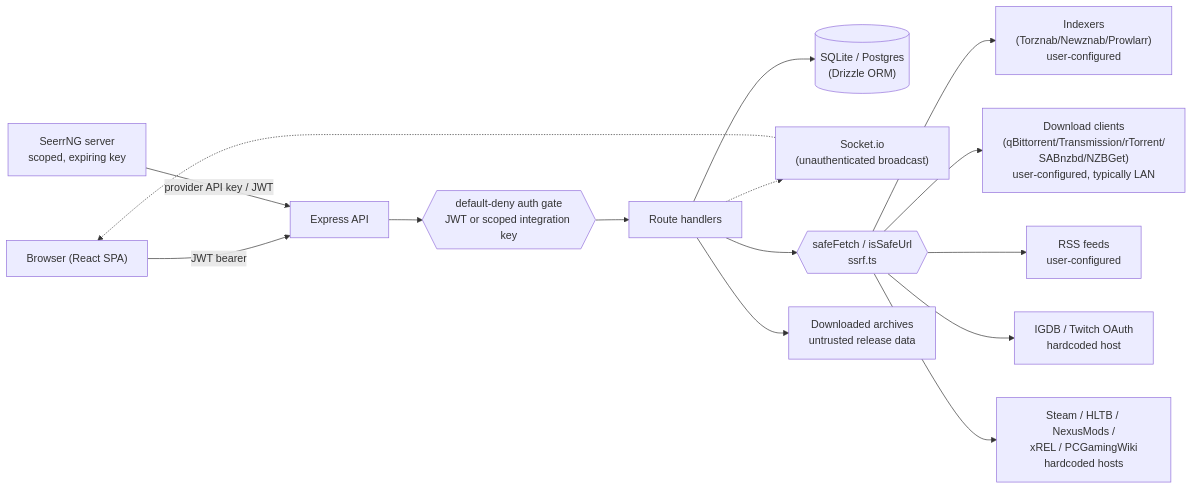
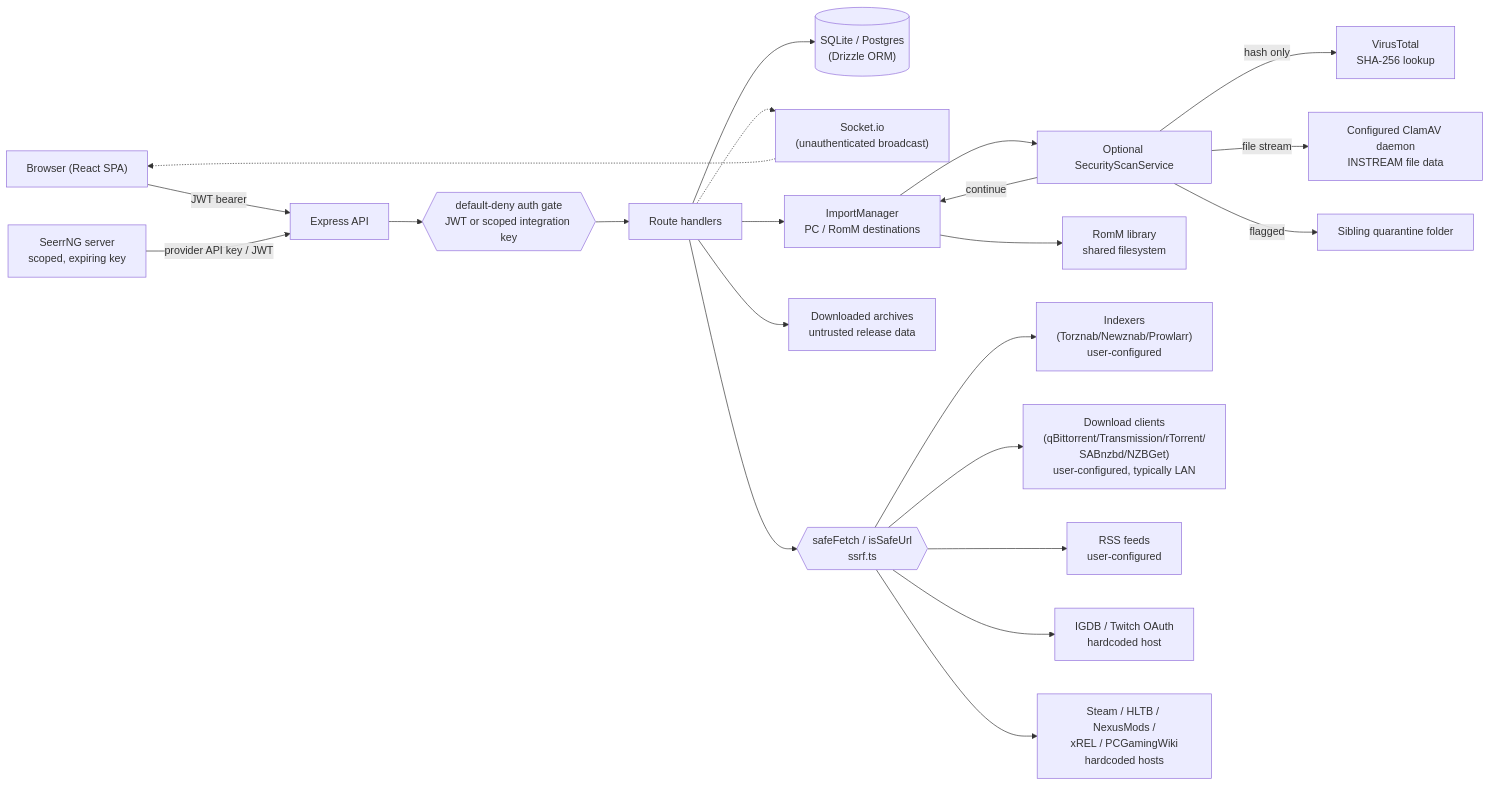
One commit to snapetech/QuestarrNG changed the diagram in docs/THREAT_MODEL.md. Above: the diagram before and after it, drawn with Mermaid. The commit also changed other lines of this file and 14 other files, not shown here.

````diff
--- a/docs/THREAT_MODEL.md
+++ b/docs/THREAT_MODEL.md
@@ -38,26 +39,39 @@
 ```mermaid
 flowchart LR
     Browser["Browser (React SPA)"]
     API["Express API"]
     Gate{{"default-deny auth gate\nJWT or scoped integration key"}}
     Handlers["Route handlers"]
     DB[("SQLite / Postgres\n(Drizzle ORM)")]
     Socket["Socket.io\n(unauthenticated broadcast)"]
     SSRF{{"safeFetch / isSafeUrl\nssrf.ts"}}
     Seerr["SeerrNG server\nscoped, expiring key"]
     Archives["Downloaded archives\nuntrusted release data"]
+    Import["ImportManager\nPC / RomM destinations"]
+    Scans["Optional SecurityScanService"]
+    VT["VirusTotal\nSHA-256 lookup"]
+    ClamAV["Configured ClamAV daemon\nINSTREAM file data"]
+    Quarantine["Sibling quarantine folder"]
+    RomM["RomM library\nshared filesystem"]
 
     Browser -- "JWT bearer" --> API
     Seerr -- "provider API key / JWT" --> API
     API --> Gate --> Handlers
     Handlers --> DB
     Handlers -.-> Socket
     Socket -.-> Browser
     Handlers --> SSRF
     SSRF --> Indexers["Indexers\n(Torznab/Newznab/Prowlarr)\nuser-configured"]
     SSRF --> Downloaders["Download clients\n(qBittorrent/Transmission/rTorrent/\nSABnzbd/NZBGet)\nuser-configured, typically LAN"]
     SSRF --> RSS["RSS feeds\nuser-configured"]
     SSRF --> IGDB["IGDB / Twitch OAuth\nhardcoded host"]
     SSRF --> Steam["Steam / HLTB / NexusMods /\nxREL / PCGamingWiki\nhardcoded hosts"]
     Handlers --> Archives
+    Handlers --> Import
+    Import --> Scans
+    Scans -- "hash only" --> VT
+    Scans -- "file stream" --> ClamAV
+    Scans -- "flagged" --> Quarantine
+    Scans -- "continue" --> Import
+    Import --> RomM
 ```
````
